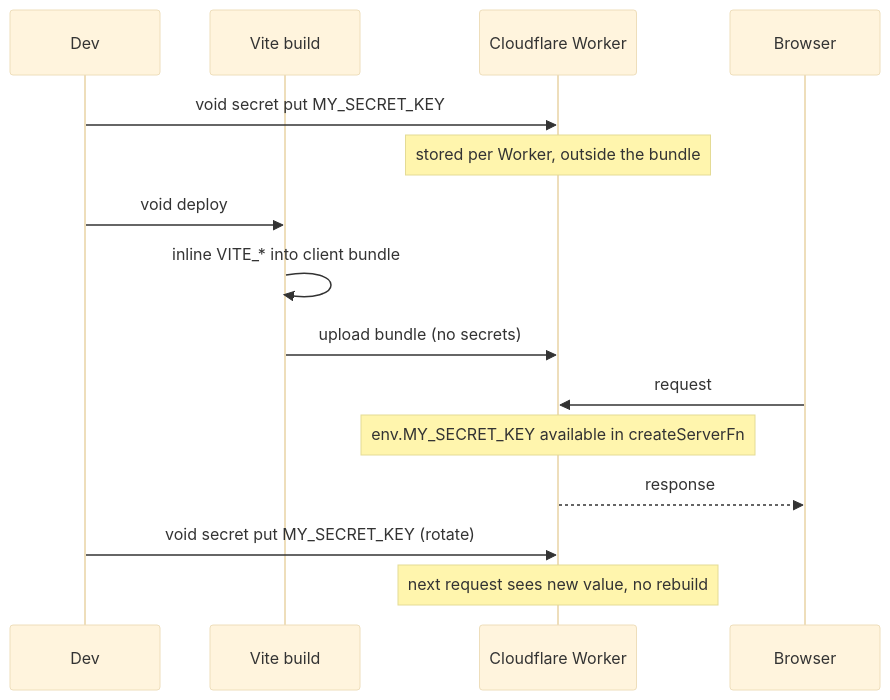
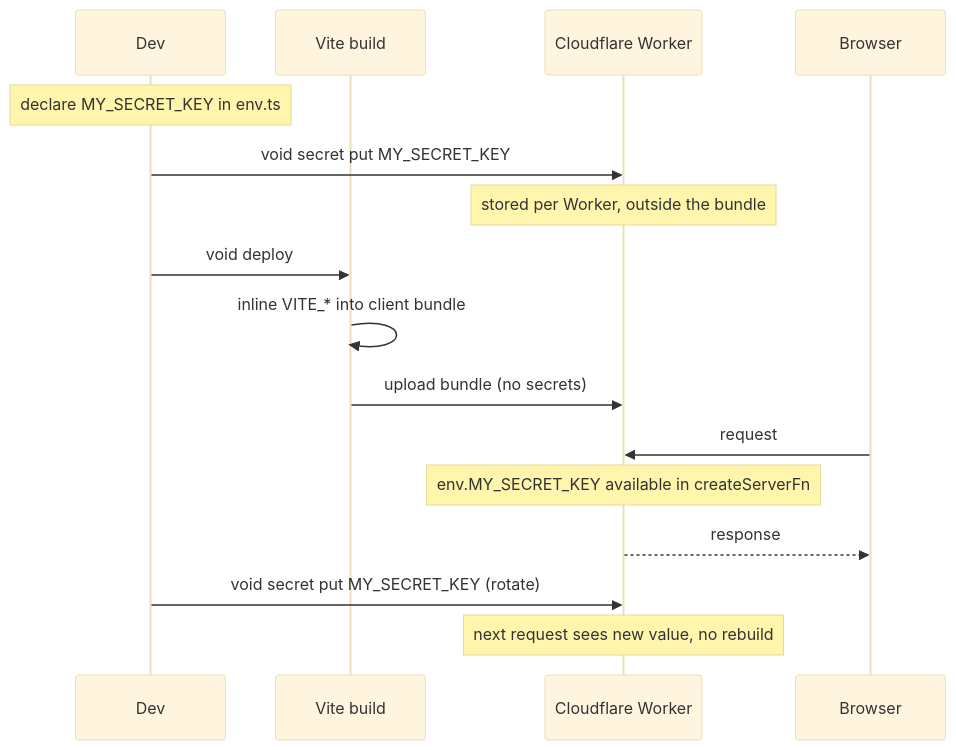
Before and after one commit to youming-ai/bun-ts-stack-skills: the third of 4 diagrams in tanstack/SKILL.md, drawn with Mermaid (base theme). The commit also changed other lines of this file and 1 other file, not shown here.

````diff
--- a/tanstack/SKILL.md
+++ b/tanstack/SKILL.md
@@ -572,17 +609,18 @@
 ```mermaid
 sequenceDiagram
   participant Dev
   participant Build as Vite build
   participant W as Cloudflare Worker
   participant B as Browser
+  Note over Dev: declare MY_SECRET_KEY in env.ts
   Dev->>W: void secret put MY_SECRET_KEY
   Note over W: stored per Worker, outside the bundle
   Dev->>Build: void deploy
   Build->>Build: inline VITE_* into client bundle
   Build->>W: upload bundle (no secrets)
   B->>W: request
   Note over W: env.MY_SECRET_KEY available in createServerFn
   W-->>B: response
   Dev->>W: void secret put MY_SECRET_KEY (rotate)
   Note over W: next request sees new value, no rebuild
 ```
````
